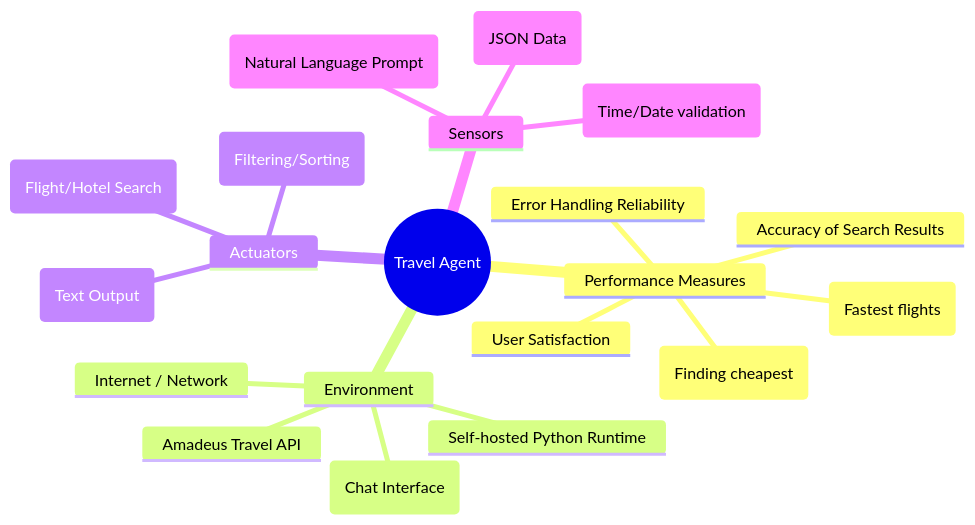
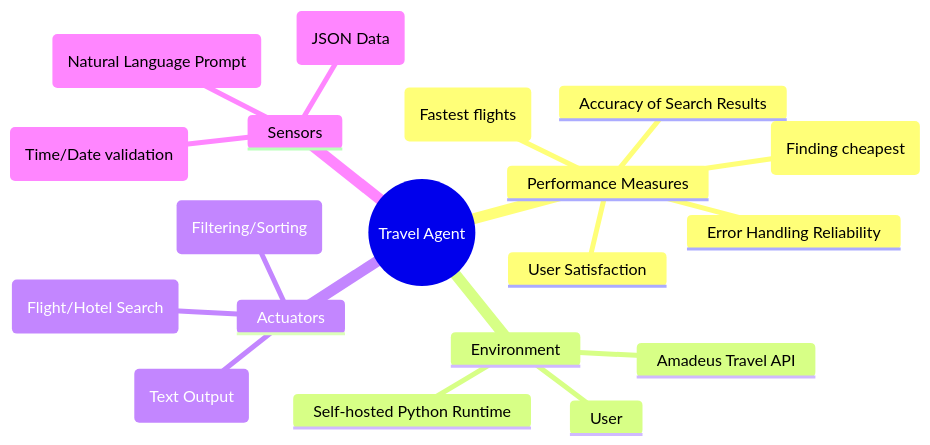
Before and after one commit to aman-sawarn/TravelAgent: the diagram in docs/PEAS_DIAGRAM.md, drawn with Mermaid. The commit also changed other lines of this file, not shown here.

Commit message:
docs: Simplify PEAS diagram environment by removing redundant user interface and network details.

````diff
--- a/docs/PEAS_DIAGRAM.md
+++ b/docs/PEAS_DIAGRAM.md
@@ -11,23 +11,22 @@
 ```mermaid
 mindmap
   root((Travel Agent))
     Performance Measures
       Accuracy of Search Results
       Cost Optimization (Finding cheapest)
       Time Efficiency (Fastest flights)
       User Satisfaction
       Error Handling Reliability
     Environment
-      User (Chat Interface)
+      User
       Amadeus Travel API
-      Internet / Network
       Self-hosted Python Runtime
     Actuators
       API Requests (Flight/Hotel Search)
       Data Processing (Filtering/Sorting)
       Response Generation (Text Output)
     Sensors
       User Input (Natural Language Prompt)
       API Responses (JSON Data)
       System Clock (Time/Date validation)
 ```
````
